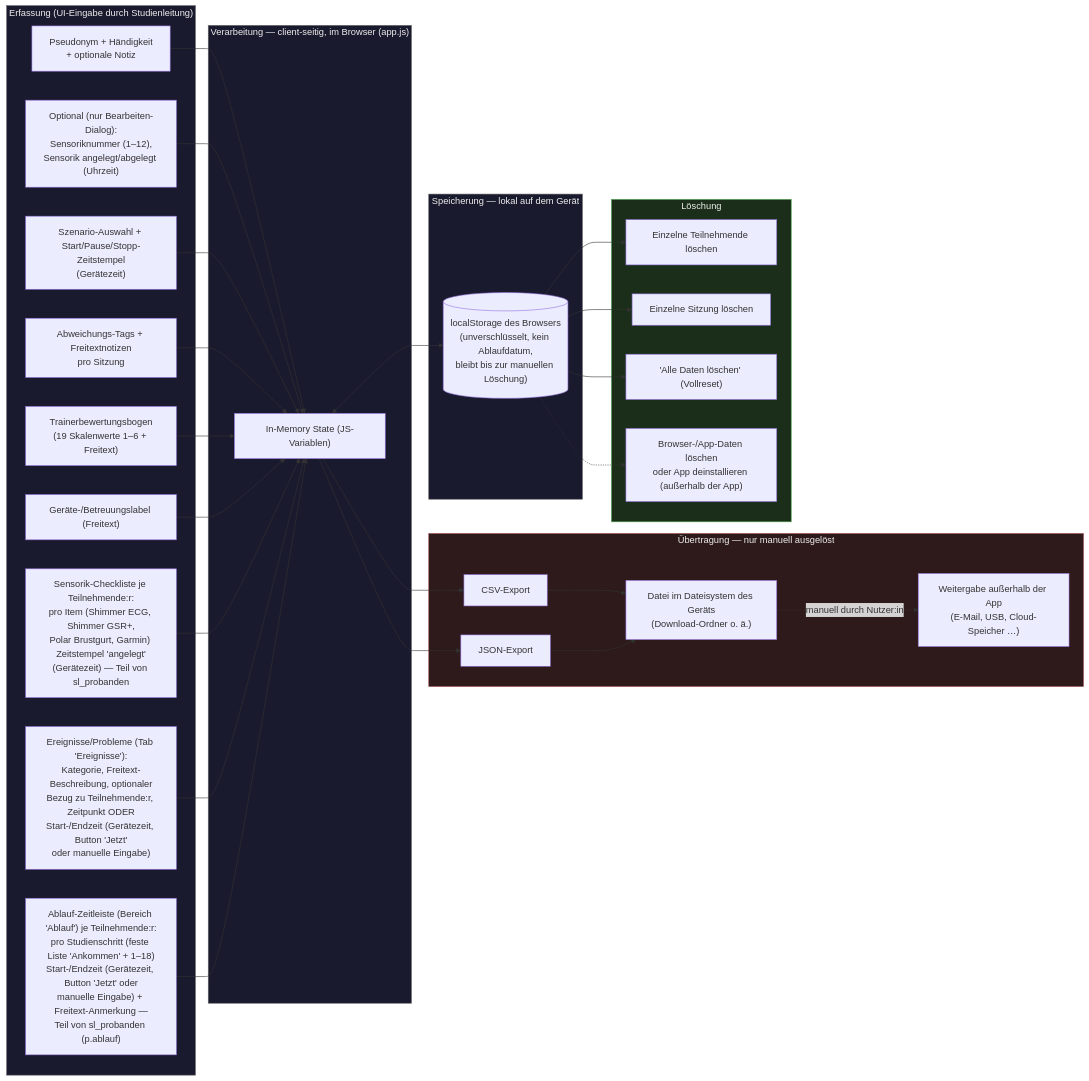
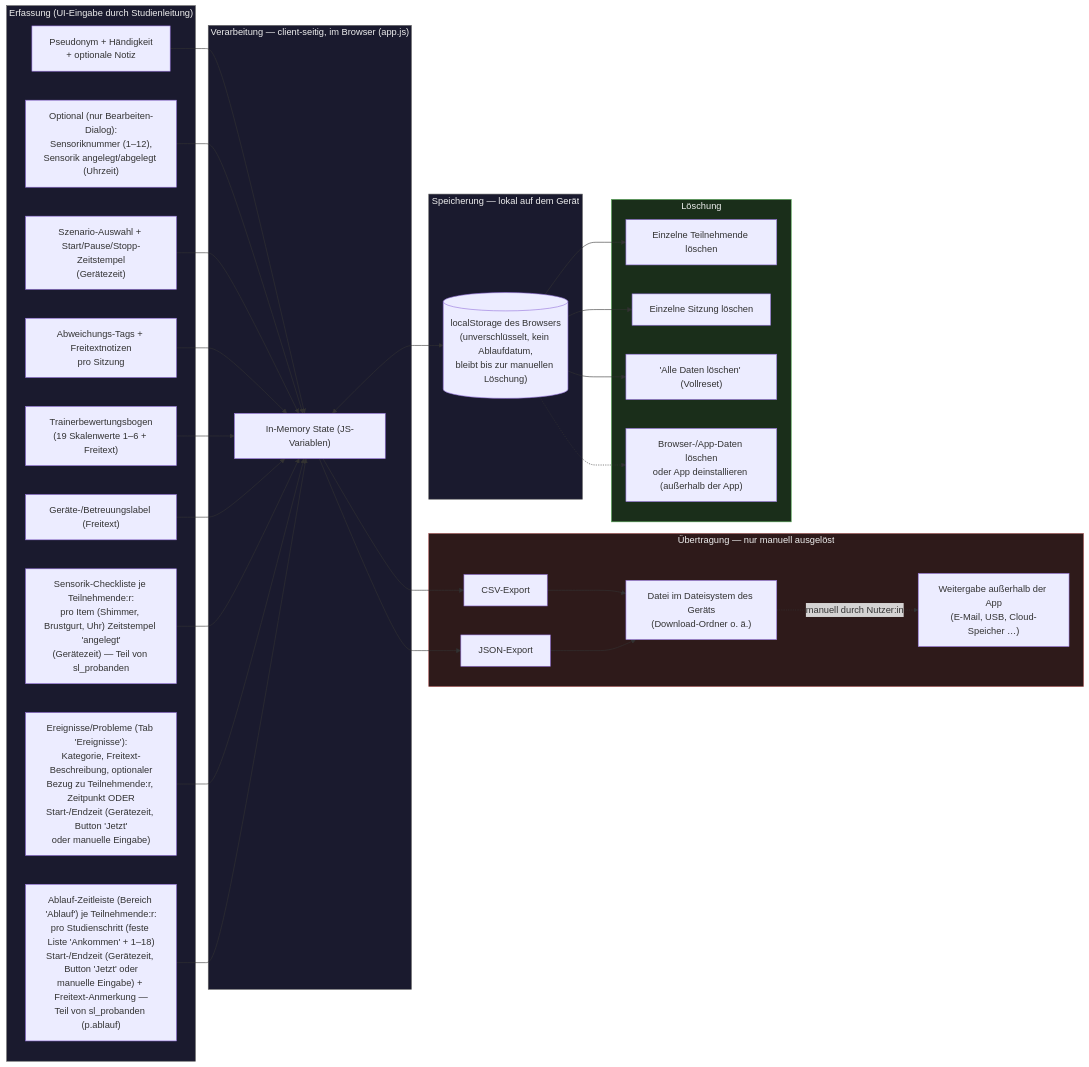
Before and after one commit to MStem911/StudyLog-mextPro: the diagram in docs/DATENFLUSS.md, drawn with Mermaid. The commit also changed other lines of this file and 6 other files, not shown here.

First line of the commit message:
feat: Sensorik auf Shimmer/Brustgurt/Uhr + VR-Szenario-Durchlaeufe mit Phasen (v2.18.0)

````diff
--- a/docs/DATENFLUSS.md
+++ b/docs/DATENFLUSS.md
@@ -27,53 +27,53 @@
 ```mermaid
 flowchart LR
     subgraph Input["Erfassung (UI-Eingabe durch Studienleitung)"]
         I1["Pseudonym + Händigkeit<br/>+ optionale Notiz"]
         I2["Optional (nur Bearbeiten-Dialog):<br/>Sensoriknummer (1–12),<br/>Sensorik angelegt/abgelegt (Uhrzeit)"]
         I3["Szenario-Auswahl + Start/Pause/Stopp-Zeitstempel<br/>(Gerätezeit)"]
         I4["Abweichungs-Tags + Freitextnotizen<br/>pro Sitzung"]
         I5["Trainerbewertungsbogen<br/>(19 Skalenwerte 1–6 + Freitext)"]
         I6["Geräte-/Betreuungslabel (Freitext)"]
-        I7["Sensorik-Checkliste je Teilnehmende:r:<br/>pro Item (Shimmer ECG, Shimmer GSR+,<br/>Polar Brustgurt, Garmin) Zeitstempel 'angelegt'<br/>(Gerätezeit) — Teil von sl_probanden"]
+        I7["Sensorik-Checkliste je Teilnehmende:r:<br/>pro Item (Shimmer, Brustgurt, Uhr) Zeitstempel 'angelegt'<br/>(Gerätezeit) — Teil von sl_probanden"]
         I8["Ereignisse/Probleme (Tab 'Ereignisse'):<br/>Kategorie, Freitext-Beschreibung, optionaler<br/>Bezug zu Teilnehmende:r, Zeitpunkt ODER<br/>Start-/Endzeit (Gerätezeit, Button 'Jetzt'<br/>oder manuelle Eingabe)"]
         I9["Ablauf-Zeitleiste (Bereich 'Ablauf') je Teilnehmende:r:<br/>pro Studienschritt (feste Liste 'Ankommen' + 1–18)<br/>Start-/Endzeit (Gerätezeit, Button 'Jetzt' oder<br/>manuelle Eingabe) + Freitext-Anmerkung —<br/>Teil von sl_probanden (p.ablauf)"]
     end
 
     subgraph Process["Verarbeitung — client-seitig, im Browser (app.js)"]
         P1["In-Memory State (JS-Variablen)"]
     end
 
     subgraph Storage["Speicherung — lokal auf dem Gerät"]
         S1[("localStorage des Browsers<br/>(unverschlüsselt, kein Ablaufdatum,<br/>bleibt bis zur manuellen Löschung)")]
     end
 
     subgraph Transfer["Übertragung — nur manuell ausgelöst"]
         T1["CSV-Export"]
         T2["JSON-Export"]
         T3["Datei im Dateisystem des Geräts<br/>(Download-Ordner o. ä.)"]
         T4["Weitergabe außerhalb der App<br/>(E-Mail, USB, Cloud-Speicher …)"]
     end
 
     subgraph Delete["Löschung"]
         D1["Einzelne Teilnehmende löschen"]
         D2["Einzelne Sitzung löschen"]
         D3["'Alle Daten löschen' (Vollreset)"]
         D4["Browser-/App-Daten löschen<br/>oder App deinstallieren (außerhalb der App)"]
     end
 
     I1 & I2 & I3 & I4 & I5 & I6 & I7 & I8 & I9 --> P1
     P1 <--> S1
     P1 --> T1 --> T3
     P1 --> T2 --> T3
     T3 -.manuell durch Nutzer:in.-> T4
 
     S1 --> D1
     S1 --> D2
     S1 --> D3
     S1 -.-> D4
 
     style Input fill:#1a1a2e,stroke:#666,color:#eee
     style Process fill:#1a1a2e,stroke:#666,color:#eee
     style Storage fill:#1a1a2e,stroke:#666,color:#eee
     style Transfer fill:#2e1a1a,stroke:#a55,color:#eee
     style Delete fill:#1a2e1a,stroke:#5a5,color:#eee
 ```
````
